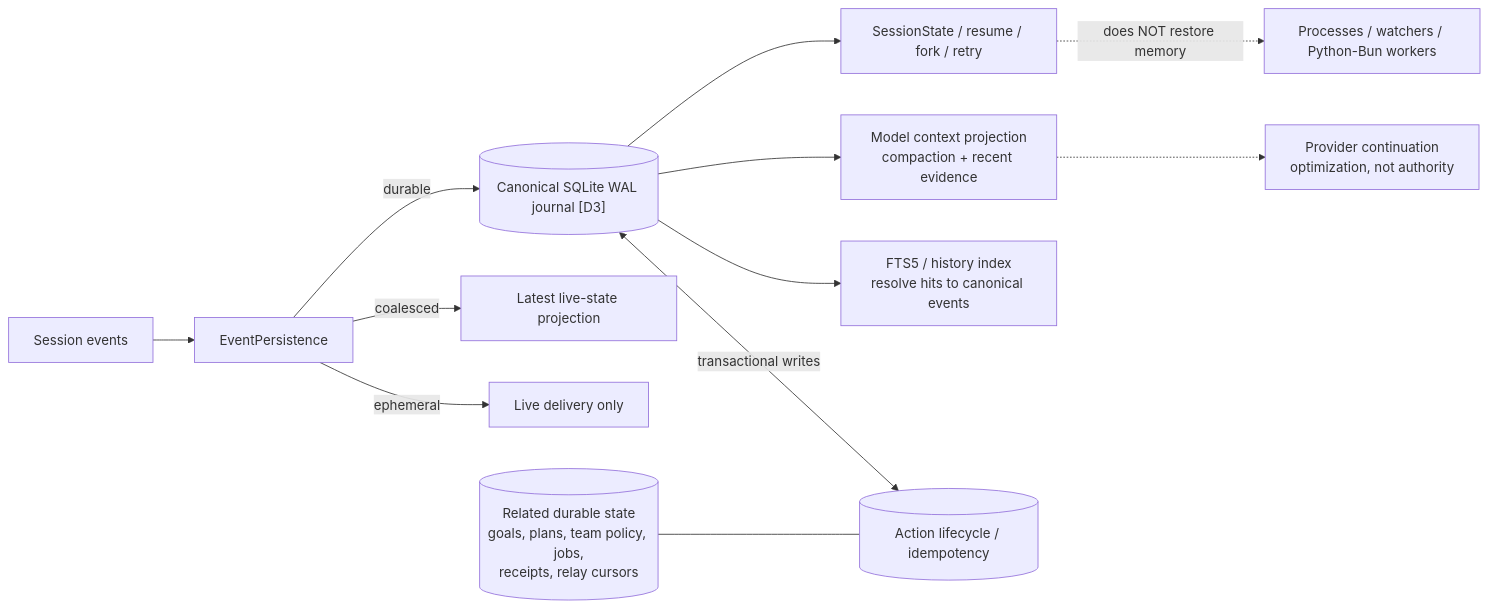
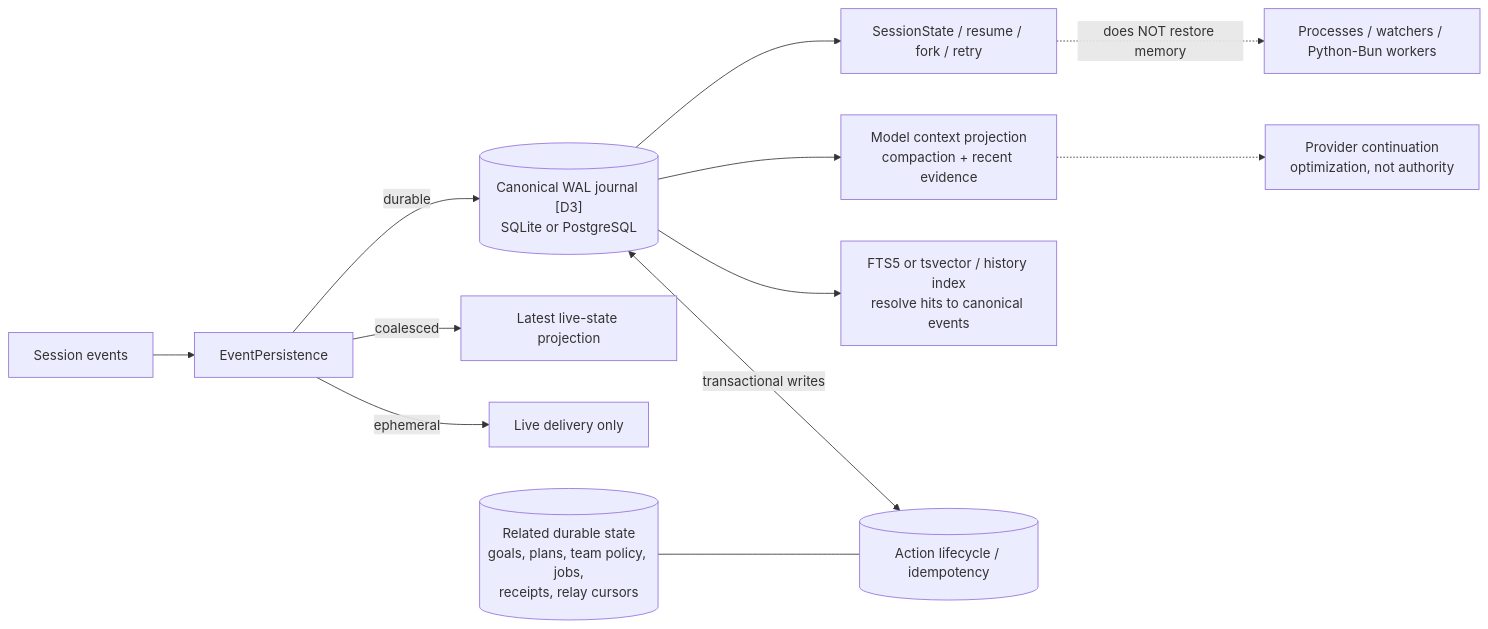
The third of 4 diagrams in docs/architecture.md (borg-ml/agent), drawn with Mermaid before and after one commit. The commit also changed other lines of this file and 66 other files, not shown here.

First line of the commit message:
Unify durable runtime storage across SQLite and PostgreSQL

````diff
--- a/docs/architecture.md
+++ b/docs/architecture.md
@@ -99,14 +99,14 @@
 ```mermaid
 flowchart LR
     Events["Session events"] --> Classify["EventPersistence"]
-    Classify -->|"durable"| Journal[("Canonical SQLite WAL journal [D3]")]
+    Classify -->|"durable"| Journal[("Canonical WAL journal [D3]<br/>SQLite or PostgreSQL")]
     Classify -->|"coalesced"| Live["Latest live-state projection"]
     Classify -->|"ephemeral"| Stream["Live delivery only"]
     Journal --> Recovery["SessionState / resume / fork / retry"]
     Journal --> Context["Model context projection<br/>compaction + recent evidence"]
-    Journal --> Search["FTS5 / history index<br/>resolve hits to canonical events"]
+    Journal --> Search["FTS5 or tsvector / history index<br/>resolve hits to canonical events"]
     Journal <-->|"transactional writes"| Actions[("Action lifecycle / idempotency")]
     Related[("Related durable state<br/>goals, plans, team policy, jobs,<br/>receipts, relay cursors")] --- Actions
     Context -.-> Cache["Provider continuation<br/>optimization, not authority"]
     Recovery -.->|"does NOT restore memory"| Workers["Processes / watchers / Python-Bun workers"]
 ```
````
